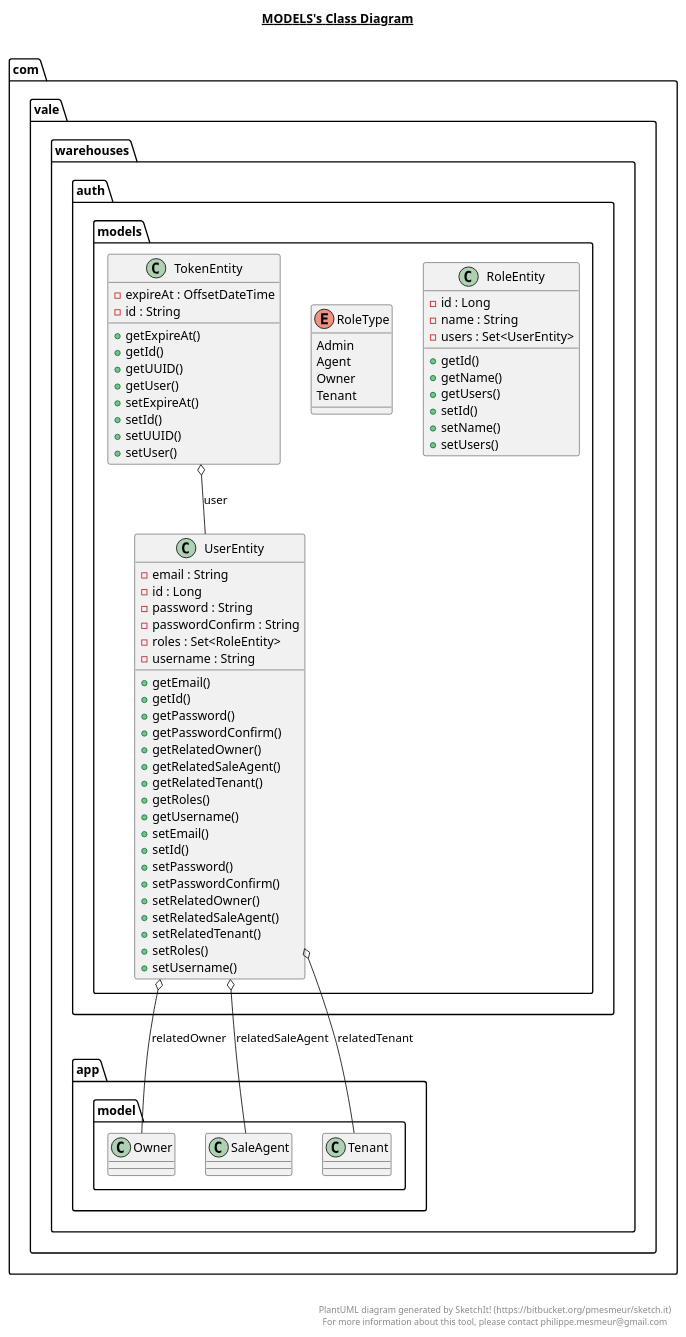
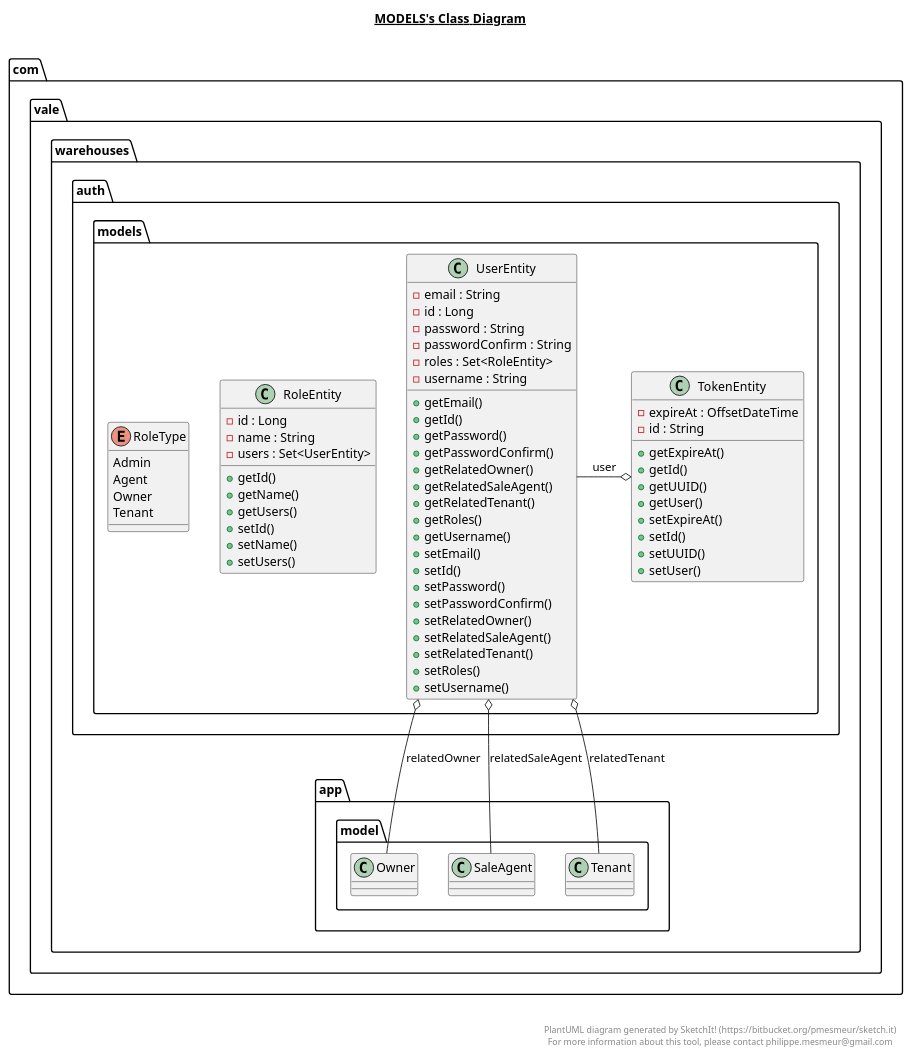
One commit to valentin-mladenov/Tu-Varna changed the diagram in wherehouses/Warehouse-API/src/main/java/com/vale/warehouses/auth/models/models.plantuml. Above: the diagram before and after it, drawn with PlantUML. The commit also changed 8 other files, not shown here.

Commit message:
[Warehouses] Adding more diagrams.

```diff
--- a/wherehouses/Warehouse-API/src/main/java/com/vale/warehouses/auth/models/models.plantuml
+++ b/wherehouses/Warehouse-API/src/main/java/com/vale/warehouses/auth/models/models.plantuml
@@ -1,105 +1,80 @@
 @startuml
 
 title __MODELS's Class Diagram__\n
 
-  namespace com.vale.warehouses {
-    namespace auth {
-      namespace models {
-        class com.vale.warehouses.auth.models.RoleEntity {
-            - id : Long
-            - name : String
-            - users : Set<UserEntity>
-            + getId()
-            + getName()
-            + getUsers()
-            + setId()
-            + setName()
-            + setUsers()
-        }
-      }
+  namespace com.vale.warehouses.auth.models {
+    class UserEntity {
+        - email : String
+        - id : Long
+        - password : String
+        - passwordConfirm : String
+        - roles : Set<RoleEntity>
+        - username : String
+        + getEmail()
+        + getId()
+        + getPassword()
+        + getPasswordConfirm()
+        + getRelatedOwner()
+        + getRelatedSaleAgent()
+        + getRelatedTenant()
+        + getRoles()
+        + getUsername()
+        + setEmail()
+        + setId()
+        + setPassword()
+        + setPasswordConfirm()
+        + setRelatedOwner()
+        + setRelatedSaleAgent()
+        + setRelatedTenant()
+        + setRoles()
+        + setUsername()
+    }
+
+    class RoleEntity {
+        - id : Long
+        - name : String
+        - users : Set<UserEntity>
+        + getId()
+        + getName()
+        + getUsers()
+        + setId()
+        + setName()
+        + setUsers()
+    }
+
+    enum RoleType {
+      Admin
+      Agent
+      Owner
+      Tenant
+    }
+
+    class TokenEntity {
+        - expireAt : OffsetDateTime
+        - id : String
+        + getExpireAt()
+        + getId()
+        + getUUID()
+        + getUser()
+        + setExpireAt()
+        + setId()
+        + setUUID()
+        + setUser()
     }
   }
-  
 
-  namespace com.vale.warehouses {
-    namespace auth {
-      namespace models {
-        enum RoleType {
-          Admin
-          Agent
-          Owner
-          Tenant
-        }
-      }
-    }
-  }
-  
 
-  namespace com.vale.warehouses {
-    namespace auth {
-      namespace models {
-        class com.vale.warehouses.auth.models.TokenEntity {
-            - expireAt : OffsetDateTime
-            - id : String
-            + getExpireAt()
-            + getId()
-            + getUUID()
-            + getUser()
-            + setExpireAt()
-            + setId()
-            + setUUID()
-            + setUser()
-        }
-      }
-    }
-  }
-  
-
-  namespace com.vale.warehouses {
-    namespace auth {
-      namespace models {
-        class com.vale.warehouses.auth.models.UserEntity {
-            - email : String
-            - id : Long
-            - password : String
-            - passwordConfirm : String
-            - roles : Set<RoleEntity>
-            - username : String
-            + getEmail()
-            + getId()
-            + getPassword()
-            + getPasswordConfirm()
-            + getRelatedOwner()
-            + getRelatedSaleAgent()
-            + getRelatedTenant()
-            + getRoles()
-            + getUsername()
-            + setEmail()
-            + setId()
-            + setPassword()
-            + setPasswordConfirm()
-            + setRelatedOwner()
-            + setRelatedSaleAgent()
-            + setRelatedTenant()
-            + setRoles()
-            + setUsername()
-        }
-      }
-    }
-  }
-  
-
-  com.vale.warehouses.auth.models.TokenEntity o-- com.vale.warehouses.auth.models.UserEntity : user
+  com.vale.warehouses.auth.models.TokenEntity o-left- com.vale.warehouses.auth.models.UserEntity : user
   com.vale.warehouses.auth.models.UserEntity o-- com.vale.warehouses.app.model.Owner : relatedOwner
   com.vale.warehouses.auth.models.UserEntity o-- com.vale.warehouses.app.model.SaleAgent : relatedSaleAgent
   com.vale.warehouses.auth.models.UserEntity o-- com.vale.warehouses.app.model.Tenant : relatedTenant
 
 
 right footer
 
 
 PlantUML diagram generated by SketchIt! (https://bitbucket.org/pmesmeur/sketch.it)
 For more information about this tool, please contact philippe.mesmeur@gmail.com
 endfooter
 
 @enduml
```
